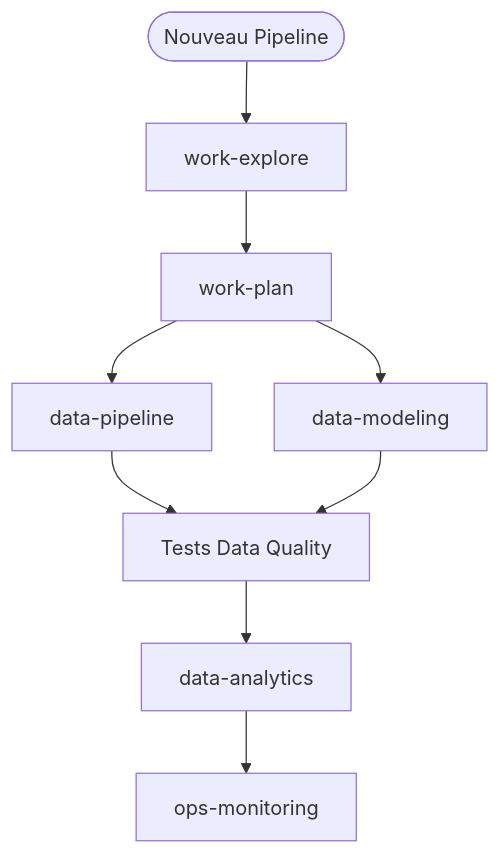
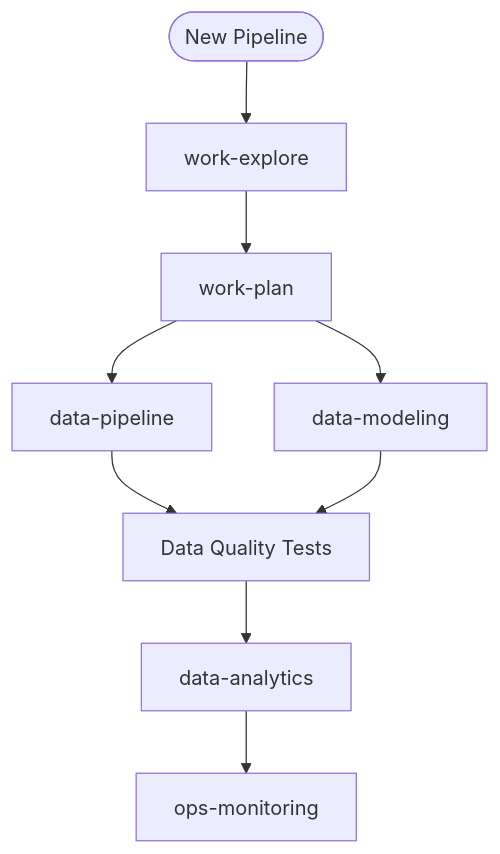
The eighth of 8 diagrams in website/docs/concepts/workflows.md (christopherlouet/claude-base), drawn with Mermaid before and after one commit. The commit also changed other lines of this file and 1 other file, not shown here.

````diff
--- a/website/docs/concepts/workflows.md
+++ b/website/docs/concepts/workflows.md
@@ -554,11 +554,11 @@
 ```mermaid
 flowchart TD
-    A([Nouveau Pipeline]) --> B[work-explore]
+    A([New Pipeline]) --> B[work-explore]
     B --> C[work-plan]
     C --> D[data-pipeline]
     C --> E[data-modeling]
-    D --> F[Tests Data Quality]
+    D --> F[Data Quality Tests]
     E --> F
     F --> G[data-analytics]
     G --> H[ops-monitoring]
 ```
````
